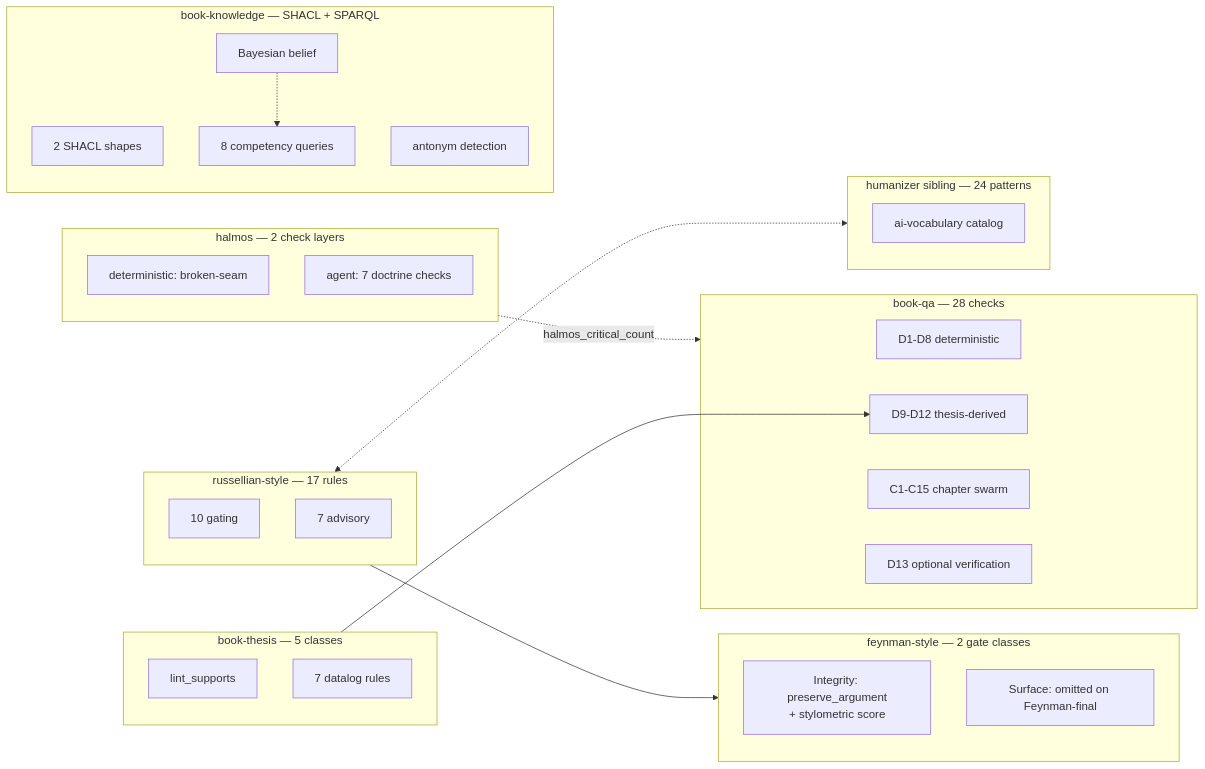
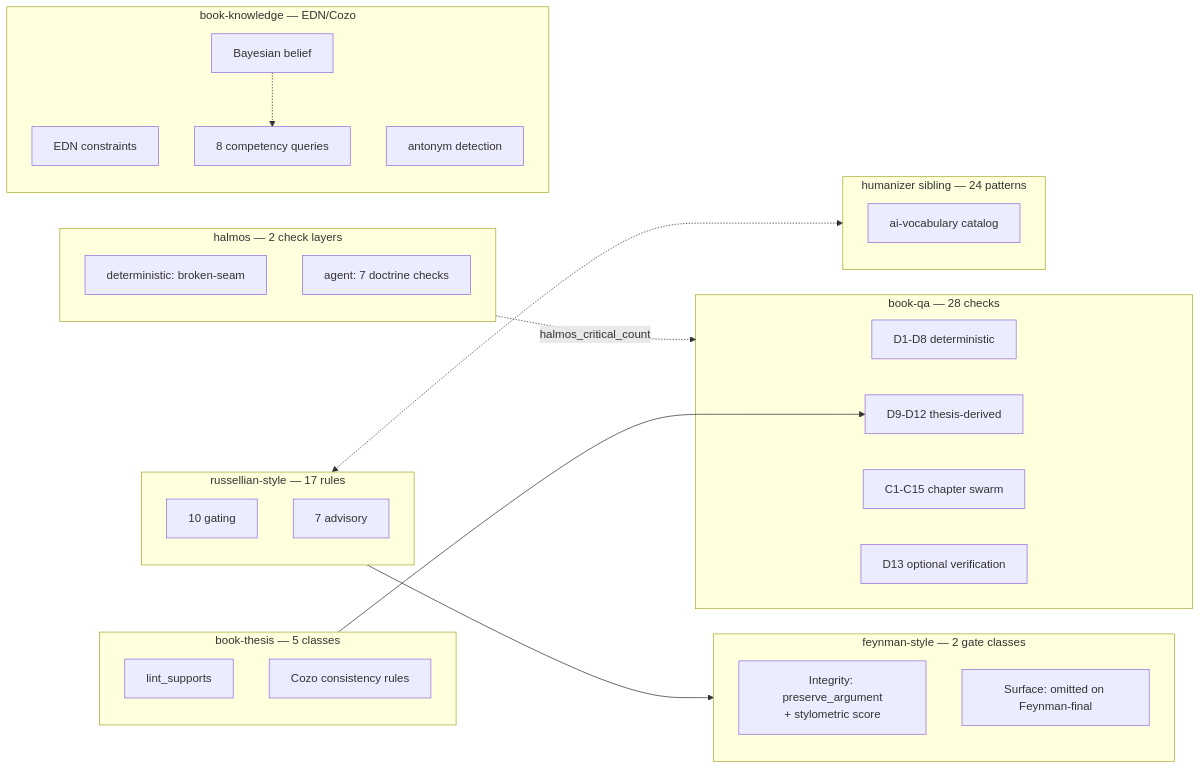
The eighth of 9 diagrams in README.md (CharlesHoskinson/russellian-book-suite), drawn with Mermaid before and after one commit. The commit also changed other lines of this file and 25 other files, not shown here.

````diff
--- a/README.md
+++ b/README.md
@@ -1281,39 +1280,39 @@
 ```mermaid
 graph LR
     subgraph rs[russellian-style — 17 rules]
         rsg[10 gating]
         rsa[7 advisory]
     end
     subgraph fs[feynman-style — 2 gate classes]
         fsi[Integrity: preserve_argument<br/>+ stylometric score]
         fss[Surface: omitted on Feynman-final]
     end
     subgraph hl[halmos — 2 check layers]
         hld[deterministic: broken-seam]
         hla[agent: 7 doctrine checks]
     end
     subgraph qa[book-qa — 28 checks]
         qad[D1-D8 deterministic]
         qadt[D9-D12 thesis-derived]
         qac[C1-C15 chapter swarm]
         qadv[D13 optional verification]
     end
     subgraph bt[book-thesis — 5 classes]
         bts[lint_supports]
-        btd[7 datalog rules]
+        btd[Cozo consistency rules]
     end
-    subgraph bk[book-knowledge — SHACL + SPARQL]
-        bks[2 SHACL shapes]
+    subgraph bk[book-knowledge — EDN/Cozo]
+        bks[EDN constraints]
         bkq[8 competency queries]
         bkb[Bayesian belief]
         bkc[antonym detection]
     end
     subgraph hm[humanizer sibling — 24 patterns]
         hmp[ai-vocabulary catalog]
     end
     bt --> qadt
     bkb -.-> bkq
     rs <-.-> hm
     rs --> fs
     hl -. halmos_critical_count .-> qa
 ```
````
